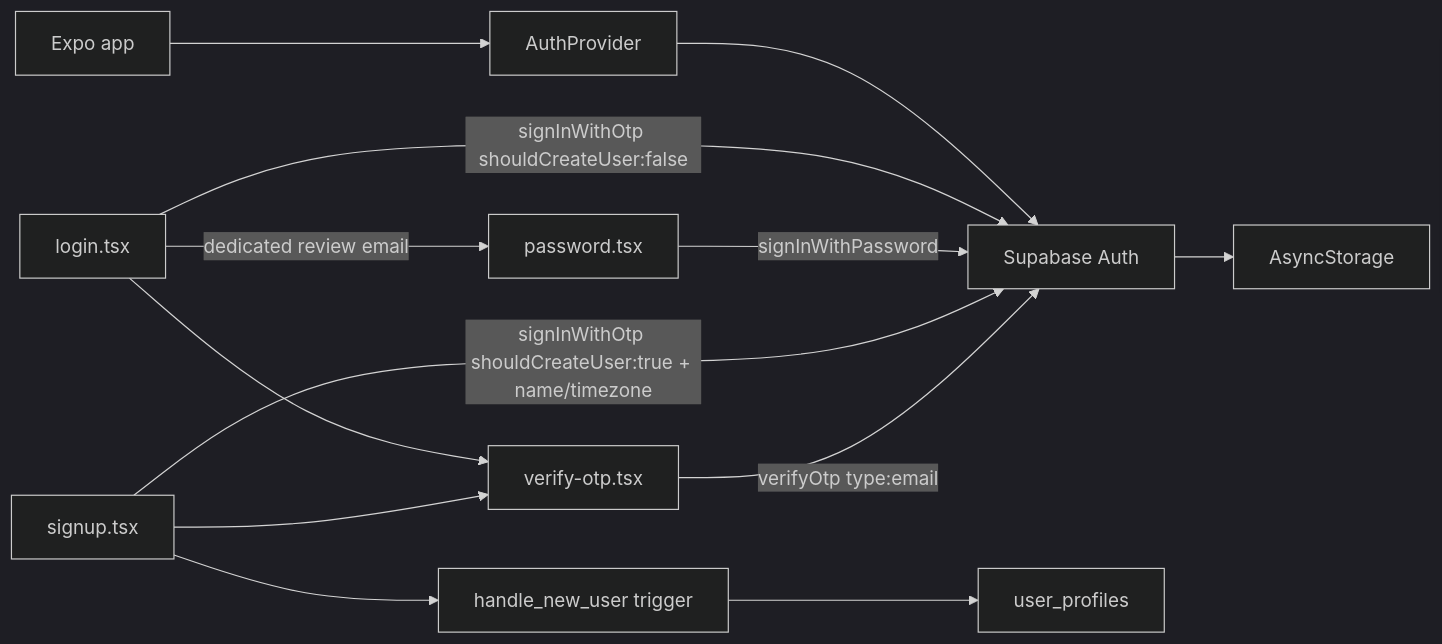
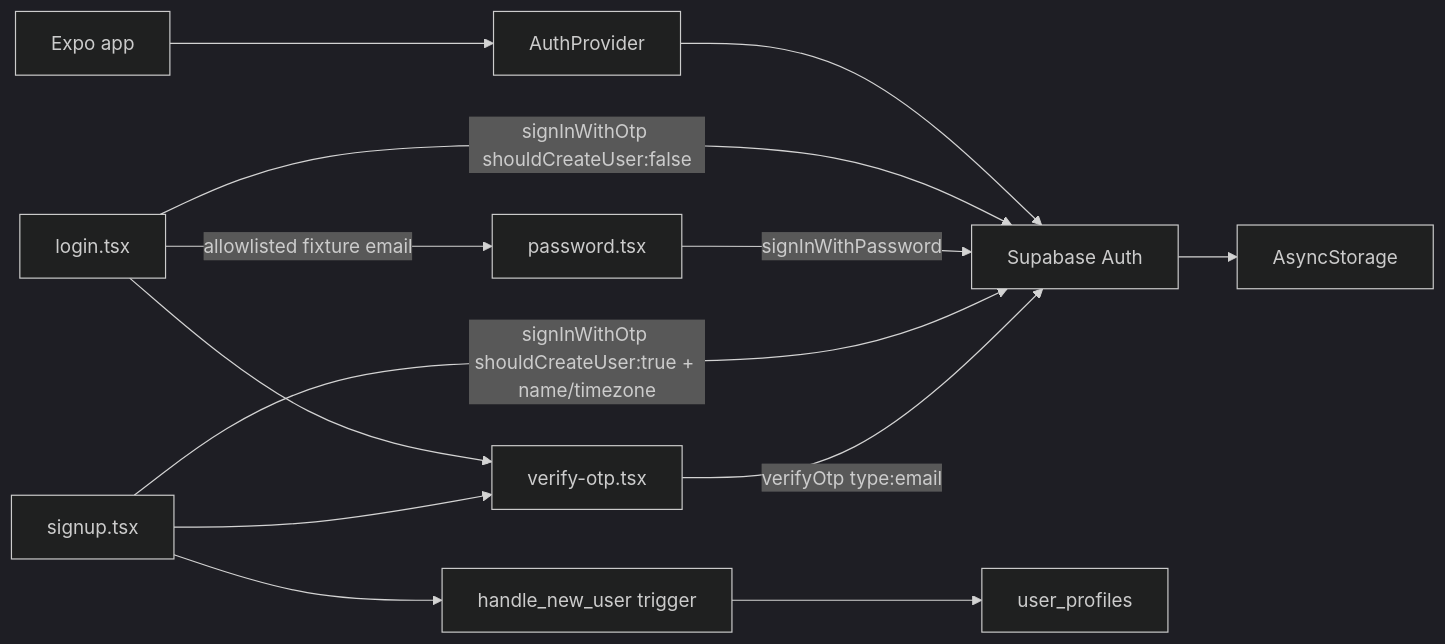
The diagram in docs/features/auth.md (eduardoyi/newmomora), drawn with Mermaid (dark theme) before and after one commit. The commit also changed other lines of this file and 9 other files, not shown here.

Commit message:
feat: allow demo account password login

````diff
--- a/docs/features/auth.md
+++ b/docs/features/auth.md
@@ -21,15 +21,15 @@
 ```mermaid
 flowchart LR
     App[Expo app] --> AuthProvider
     AuthProvider --> SupabaseAuth[Supabase Auth]
     SupabaseAuth --> AsyncStorage
     Login[login.tsx] -- signInWithOtp shouldCreateUser:false --> SupabaseAuth
-    Login -- dedicated review email --> Password[password.tsx]
+    Login -- allowlisted fixture email --> Password[password.tsx]
     Password -- signInWithPassword --> SupabaseAuth
     SignUp[signup.tsx] -- signInWithOtp shouldCreateUser:true + name/timezone --> SupabaseAuth
     Login --> VerifyOtp[verify-otp.tsx]
     SignUp --> VerifyOtp
     VerifyOtp -- verifyOtp type:email --> SupabaseAuth
     SignUp --> Trigger[handle_new_user trigger]
     Trigger --> Profiles[user_profiles]
 ```
````
